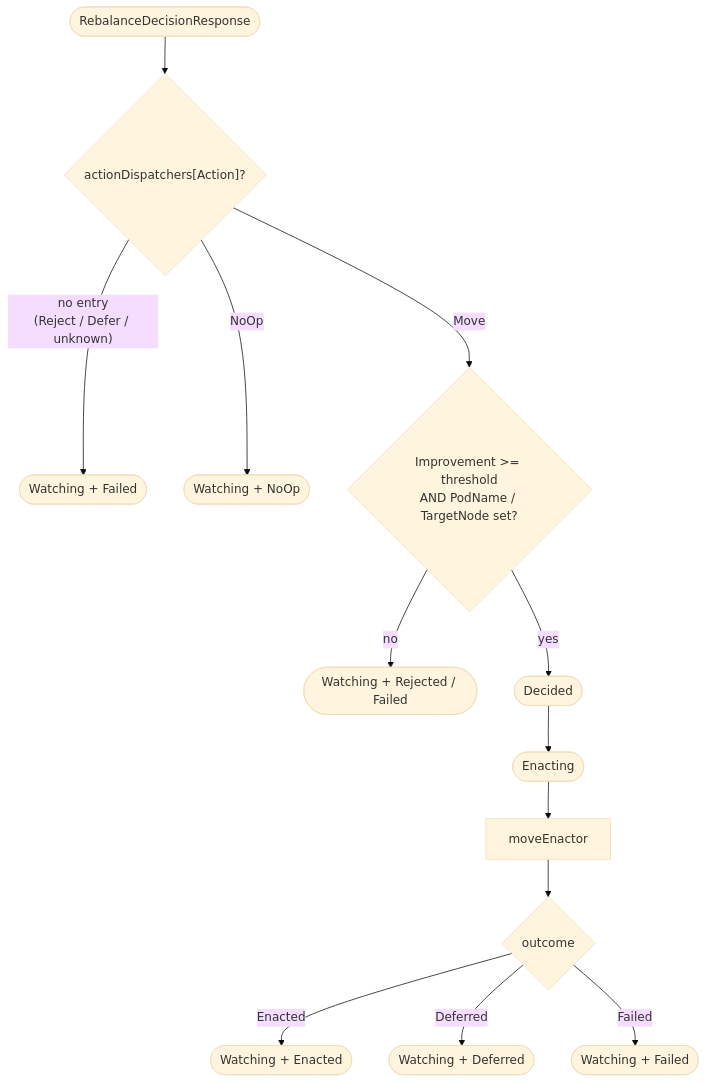
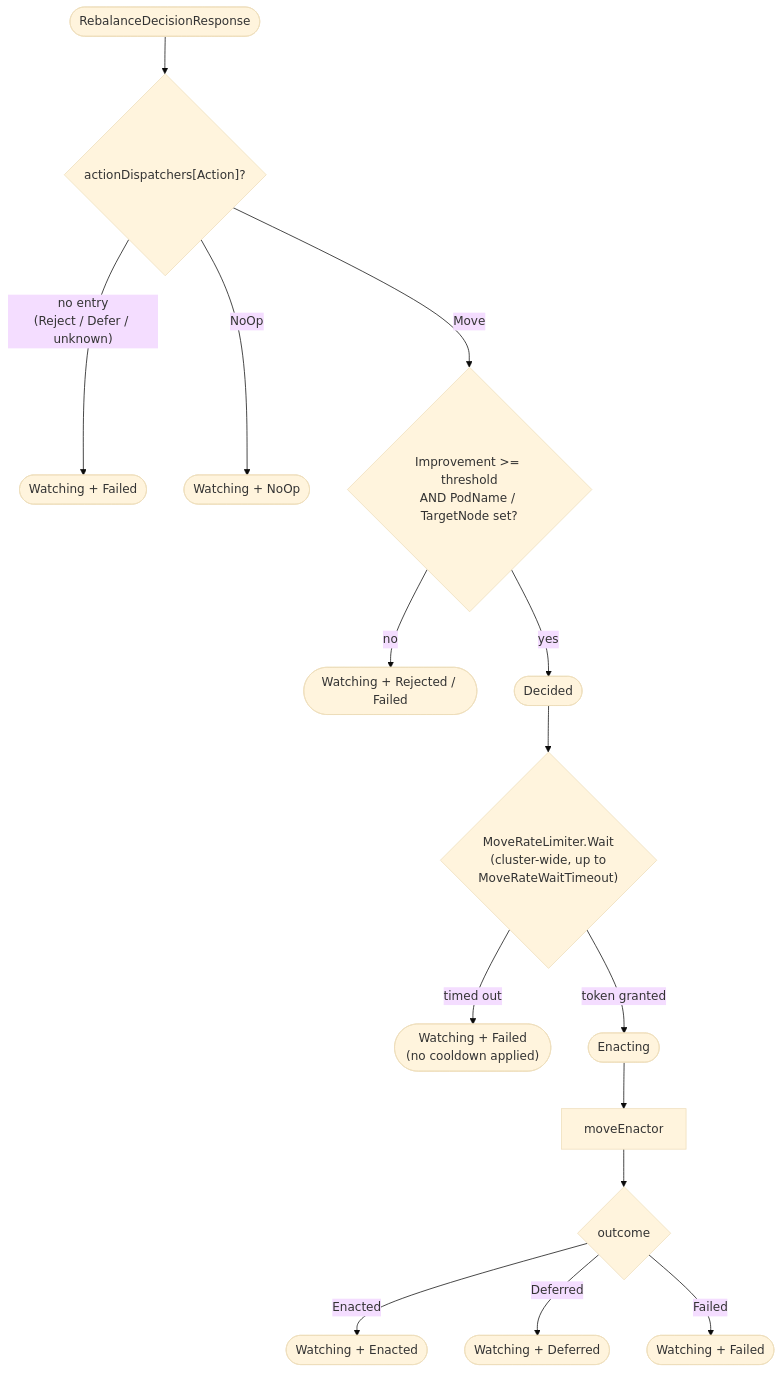
The eighth of 18 diagrams in internal/rebalance/README.md (HIRO-MicroDataCenters-BV/hiro-adaptive-orchestrator), drawn with Mermaid (base theme) before and after one commit. The commit also changed other lines of this file and 1 other file, not shown here.

Commit message:
Update Readme with cluster wide reate limit

````diff
--- a/internal/rebalance/README.md
+++ b/internal/rebalance/README.md
@@ -325,13 +330,16 @@
 ```mermaid
 flowchart TD
     Resp(["RebalanceDecisionResponse"]) --> Reg{"actionDispatchers[Action]?"}
     Reg -- "no entry<br/>(Reject / Defer / unknown)" --> F1(["Watching + Failed"])
     Reg -- NoOp --> N1(["Watching + NoOp"])
     Reg -- Move --> G{"Improvement >= threshold<br/>AND PodName / TargetNode set?"}
     G -- no --> Rej(["Watching + Rejected / Failed"])
-    G -- yes --> D(["Decided"]) --> Enacting(["Enacting"]) --> ME["moveEnactor"]
+    G -- yes --> D(["Decided"])
+    D --> RL{"MoveRateLimiter.Wait<br/>(cluster-wide, up to<br/>MoveRateWaitTimeout)"}
+    RL -- "timed out" --> RLF(["Watching + Failed<br/>(no cooldown applied)"])
+    RL -- "token granted" --> Enacting(["Enacting"]) --> ME["moveEnactor"]
     ME --> Out{"outcome"}
     Out -- Enacted --> W1(["Watching + Enacted"])
     Out -- Deferred --> W2(["Watching + Deferred"])
     Out -- Failed --> W3(["Watching + Failed"])
 ```
````
